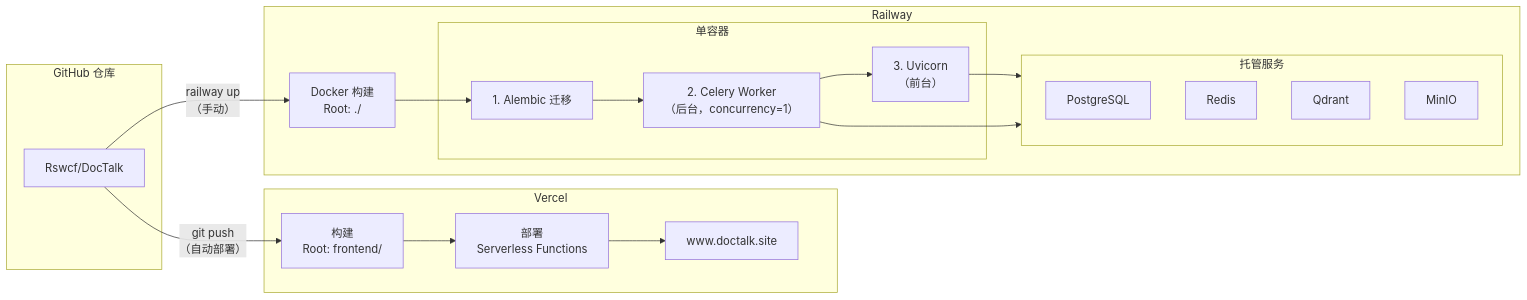
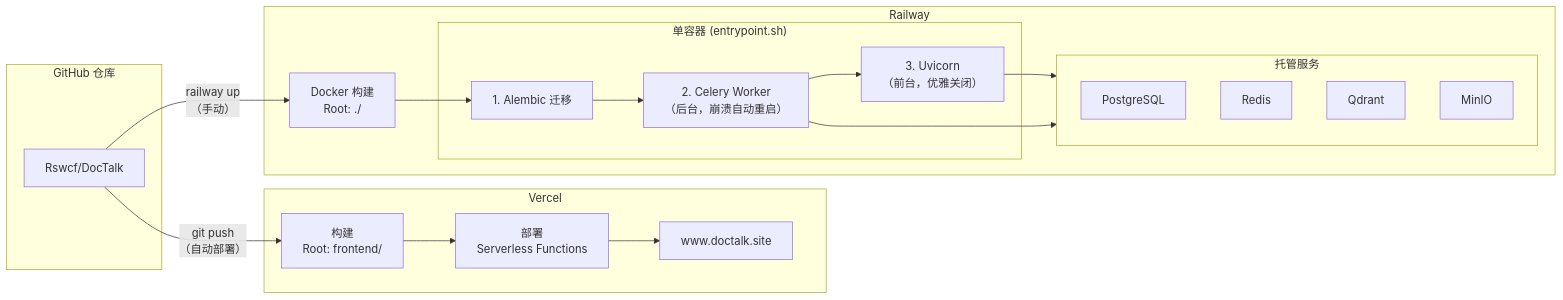
Before and after one commit to Rswcf/DocTalk: the eighth of 8 diagrams in docs/ARCHITECTURE.zh.md, drawn with Mermaid. The commit also changed other lines of this file and 4 other files, not shown here.

````diff
--- a/docs/ARCHITECTURE.zh.md
+++ b/docs/ARCHITECTURE.zh.md
@@ -539,34 +543,34 @@
 ```mermaid
 graph LR
     subgraph GitHub["GitHub 仓库"]
         Repo["Rswcf/DocTalk"]
     end
 
     subgraph VercelDeploy["Vercel"]
         VBuild["构建<br/>Root: frontend/"]
         VDeploy["部署<br/>Serverless Functions"]
         VDomain["www.doctalk.site"]
     end
 
     subgraph RailwayDeploy["Railway"]
         RBuild["Docker 构建<br/>Root: ./"]
-        subgraph Container["单容器"]
+        subgraph Container["单容器 (entrypoint.sh)"]
             Alembic["1. Alembic 迁移"]
-            CeleryW["2. Celery Worker<br/>（后台，concurrency=1）"]
-            Uvicorn["3. Uvicorn<br/>（前台）"]
+            CeleryW["2. Celery Worker<br/>（后台，崩溃自动重启）"]
+            Uvicorn["3. Uvicorn<br/>（前台，优雅关闭）"]
         end
         subgraph RServices["托管服务"]
             RPG["PostgreSQL"]
             RRedis["Redis"]
             RQdrant["Qdrant"]
             RMinIO["MinIO"]
         end
     end
 
     Repo -->|"git push<br/>（自动部署）"| VBuild
     VBuild --> VDeploy --> VDomain
     Repo -->|"railway up<br/>（手动）"| RBuild
     RBuild --> Alembic --> CeleryW --> Uvicorn
     Uvicorn --> RServices
     CeleryW --> RServices
 ```
````
